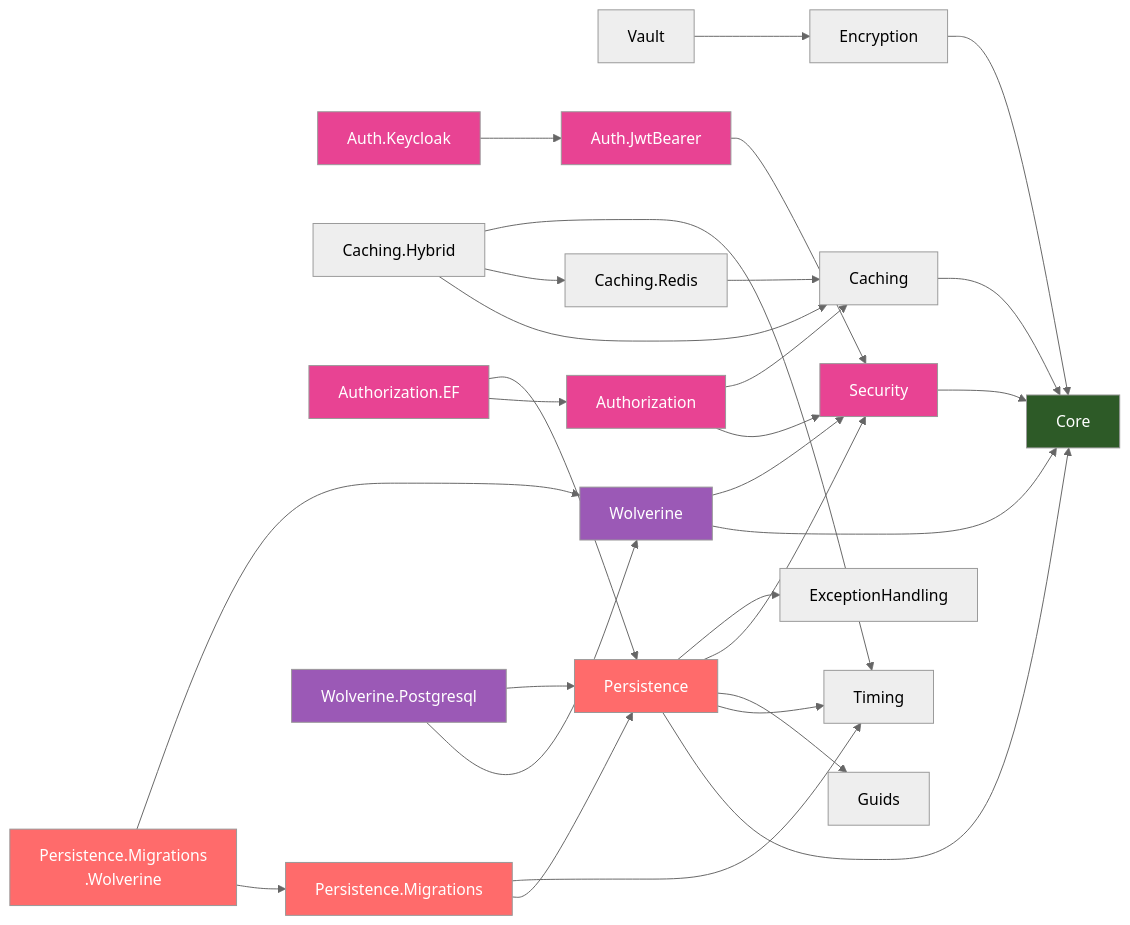
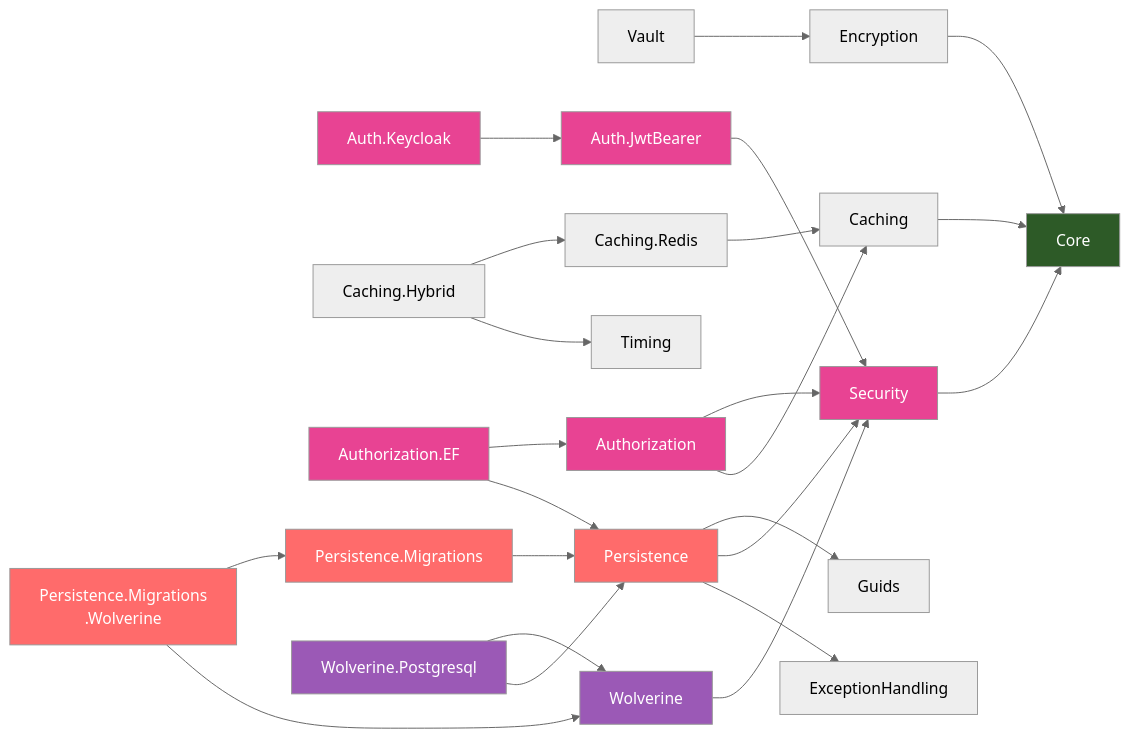
One commit to enraiz/granit-dotnet changed the second of 7 diagrams in docs/framework/dependencies.md. Above: the diagram before and after it, drawn with Mermaid (neutral theme). The commit also changed other lines of this file and 66 other files, not shown here.

````diff
--- a/docs/framework/dependencies.md
+++ b/docs/framework/dependencies.md
@@ -132,49 +132,44 @@
 ```mermaid
 flowchart LR
     SEC["Security"] --> CORE["Core"]
     ENCR["Encryption"] --> CORE
     VAULT["Vault"] --> ENCR
 
     JWT["Auth.JwtBearer"] --> SEC
     KC["Auth.Keycloak"] --> JWT
 
     CACHE["Caching"] --> CORE
     CACHE_REDIS["Caching.Redis"] --> CACHE
-    CACHE_HYB["Caching.Hybrid"] --> CACHE
-    CACHE_HYB --> CACHE_REDIS
+    CACHE_HYB["Caching.Hybrid"] --> CACHE_REDIS
     CACHE_HYB --> TIMING["Timing"]
 
     AUTHZ["Authorization"] --> SEC
     AUTHZ --> CACHE
     AUTHZ_EF["Authorization.EF"] --> AUTHZ
     AUTHZ_EF --> PERS
 
-    PERS["Persistence"] --> CORE
-    PERS --> TIMING
-    PERS --> GUIDS["Guids"]
+    PERS["Persistence"] --> GUIDS["Guids"]
     PERS --> SEC
     PERS --> EXC["ExceptionHandling"]
 
     PERS_MIG["Persistence.Migrations"] --> PERS
-    PERS_MIG --> TIMING
 
     PERS_MIG_WOL["Persistence.Migrations<br/>.Wolverine"] --> PERS_MIG
     PERS_MIG_WOL --> WOL["Wolverine"]
 
-    WOL --> CORE
     WOL --> SEC
     WOL_PG["Wolverine.Postgresql"] --> WOL
     WOL_PG --> PERS
 
     style CORE fill:#2d5a27,color:#fff
     style PERS fill:#ff6b6b,color:#fff
     style PERS_MIG fill:#ff6b6b,color:#fff
     style PERS_MIG_WOL fill:#ff6b6b,color:#fff
     style SEC fill:#e84393,color:#fff
     style AUTHZ fill:#e84393,color:#fff
     style AUTHZ_EF fill:#e84393,color:#fff
     style JWT fill:#e84393,color:#fff
     style KC fill:#e84393,color:#fff
     style WOL fill:#9b59b6,color:#fff
     style WOL_PG fill:#9b59b6,color:#fff
 ```
````
